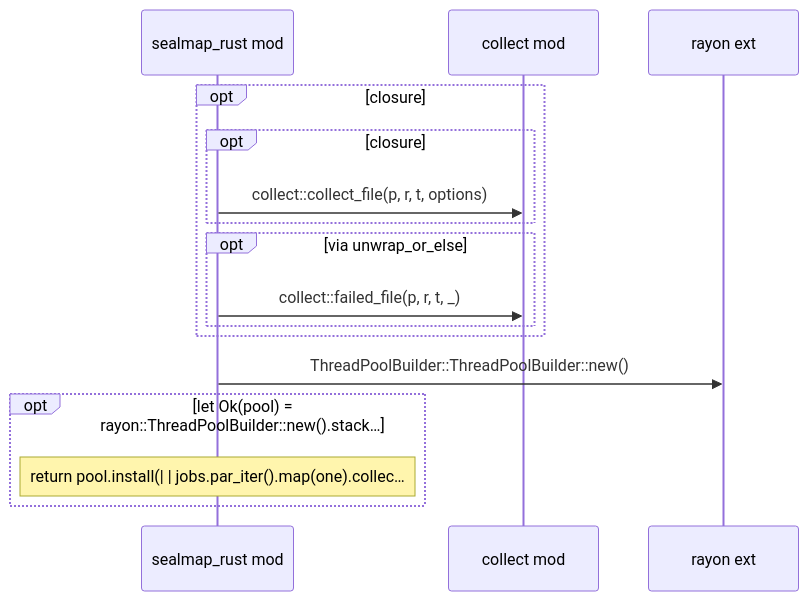
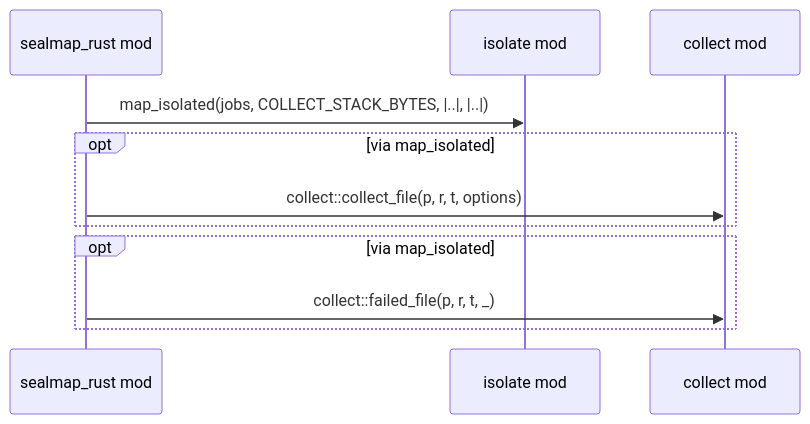
Before and after one commit to DreamLab-AI/codemaid: the third of 5 diagrams in docs/sealmap/crates/sealmap-rust/src/lib.rs.md, drawn with Mermaid. The commit also changed other lines of this file and 37 other files, not shown here.

First line of the commit message:
frontend: extract sealmap-frontend from sealmap-rust

````diff
--- a/docs/sealmap/crates/sealmap-rust/src/lib.rs.md
+++ b/docs/sealmap/crates/sealmap-rust/src/lib.rs.md
@@ -104,18 +87,13 @@
 ```mermaid
 sequenceDiagram
   participant sealmap_rust as sealmap_rust mod
+  participant sealmap_frontend__isolate as isolate mod
   participant sealmap_rust__collect as collect mod
-  participant rayon as rayon ext
-  opt closure
-    opt closure
-      sealmap_rust->>sealmap_rust__collect: collect::collect_file(p, r, t, options)
-    end
-    opt via unwrap_or_else
-      sealmap_rust->>sealmap_rust__collect: collect::failed_file(p, r, t, _)
-    end
+  sealmap_rust->>sealmap_frontend__isolate: map_isolated(jobs, COLLECT_STACK_BYTES, |..|, |..|)
+  opt via map_isolated
+    sealmap_rust->>sealmap_rust__collect: collect::collect_file(p, r, t, options)
   end
-  sealmap_rust->>rayon: ThreadPoolBuilder::ThreadPoolBuilder::new()
-  opt let Ok(pool) = rayon::ThreadPoolBuilder::new().stack…
-    Note over sealmap_rust: return pool.install(| | jobs.par_iter().map(one).collec…
+  opt via map_isolated
+    sealmap_rust->>sealmap_rust__collect: collect::failed_file(p, r, t, _)
   end
 ```
````
